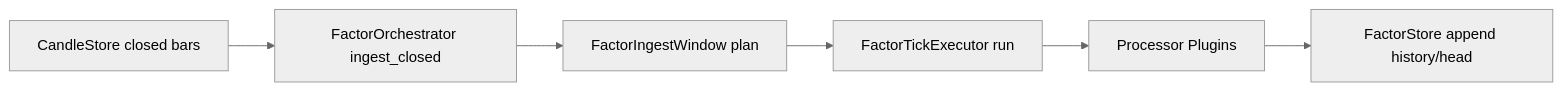
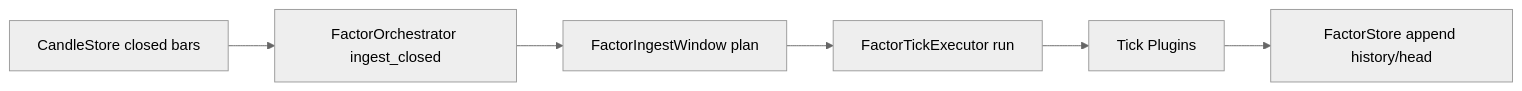
Before and after one commit to zzhssg/trade_canvas: the first of 2 diagrams in docs/core/factor-modular-architecture.md, drawn with Mermaid (neutral theme). The commit also changed other lines of this file and 126 other files, not shown here.

````diff
--- a/docs/core/factor-modular-architecture.md
+++ b/docs/core/factor-modular-architecture.md
@@ -93,8 +94,8 @@
 ```mermaid
 flowchart LR
   A["CandleStore closed bars"] --> B["FactorOrchestrator ingest_closed"]
   B --> C["FactorIngestWindow plan"]
   C --> D["FactorTickExecutor run"]
-  D --> E["Processor Plugins"]
+  D --> E["Tick Plugins"]
   E --> F["FactorStore append history/head"]
 ```
````
